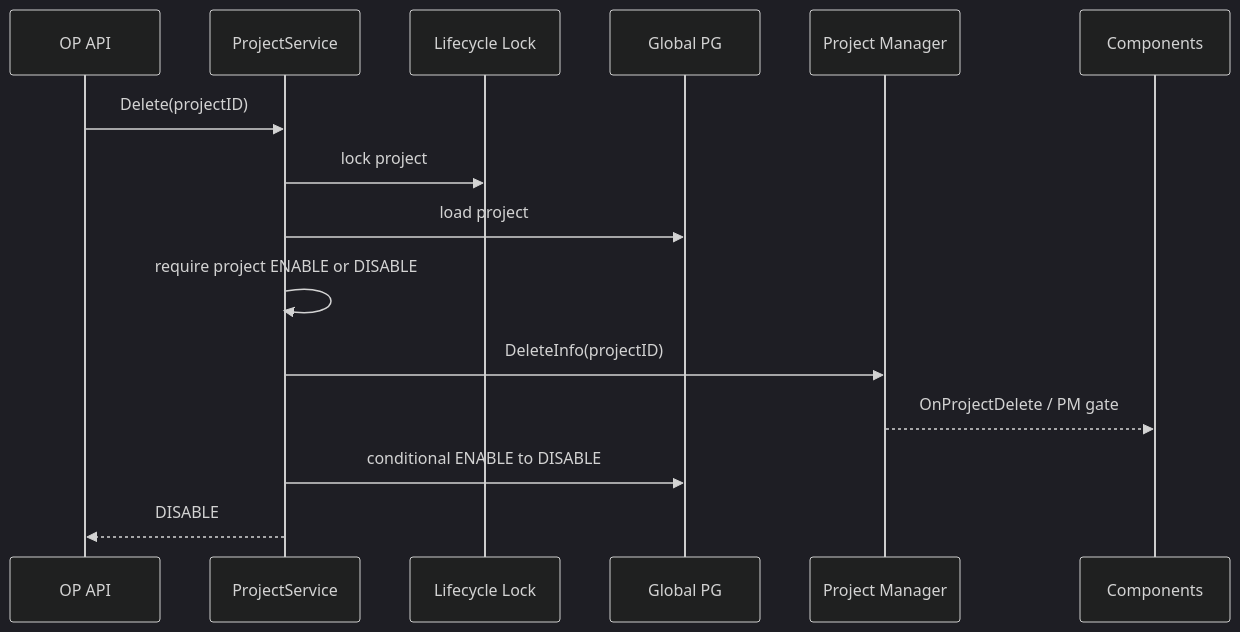
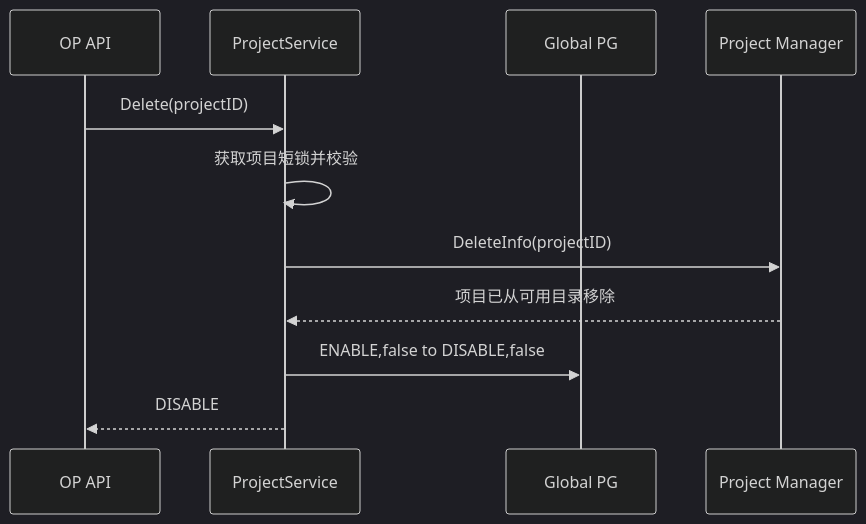
Before and after one commit to qinwenshiCH/workflow: the second of 6 diagrams in specs/20260716-Wave-Refac-OrganizationProjectLifecycle/03-plan.md, drawn with Mermaid (dark theme). The commit also changed other lines of this file and 4 other files, not shown here.

````diff
--- a/specs/20260716-Wave-Refac-OrganizationProjectLifecycle/03-plan.md
+++ b/specs/20260716-Wave-Refac-OrganizationProjectLifecycle/03-plan.md
@@ -106,18 +102,14 @@
 ```mermaid
 sequenceDiagram
     participant OP as OP API
     participant S as ProjectService
-    participant L as Lifecycle Lock
     participant DB as Global PG
     participant PM as Project Manager
-    participant C as Components
 
     OP->>S: Delete(projectID)
-    S->>L: lock project
-    S->>DB: load project
-    S->>S: require project ENABLE or DISABLE
+    S->>S: 获取项目短锁并校验
     S->>PM: DeleteInfo(projectID)
-    PM-->>C: OnProjectDelete / PM gate
-    S->>DB: conditional ENABLE to DISABLE
+    PM-->>S: 项目已从可用目录移除
+    S->>DB: ENABLE,false to DISABLE,false
     S-->>OP: DISABLE
 ```
````
